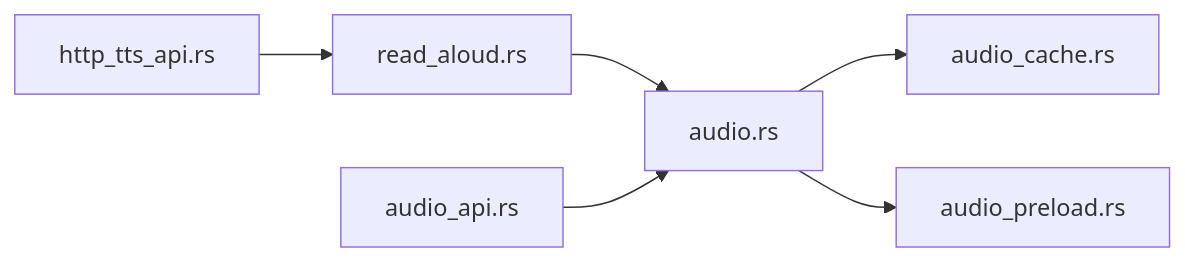
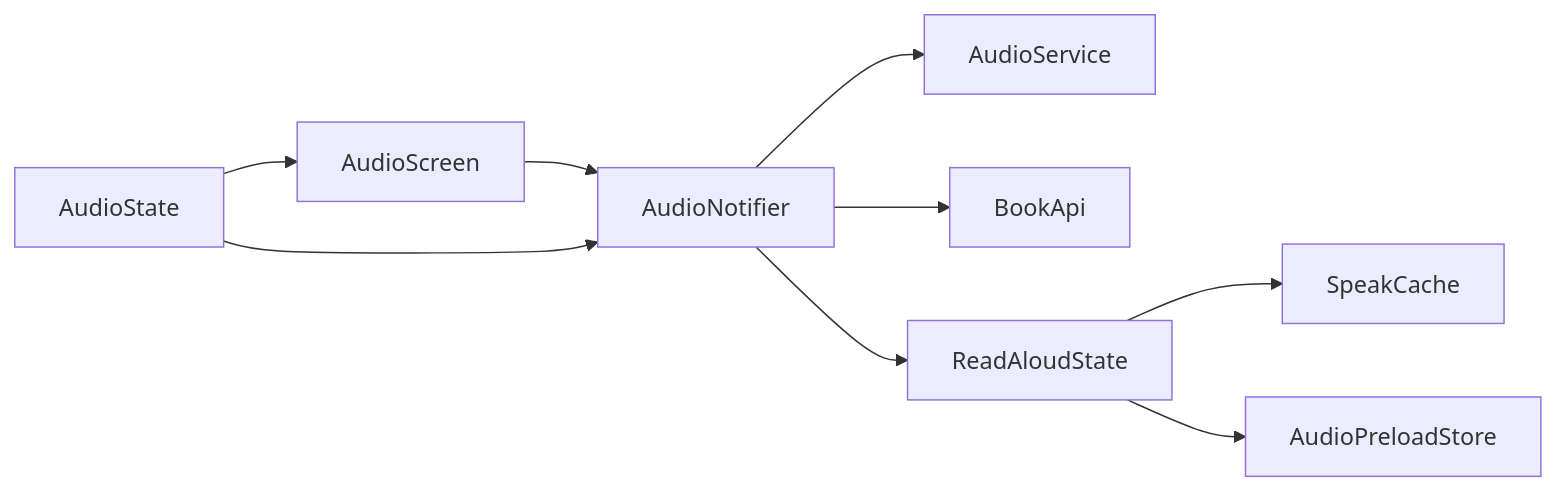
Before and after one commit to ZhangGHGitHub/LegadoTeamFlutter: the third of 3 diagrams in .qoder/repowiki/zh/content/项目概述/核心功能特性/音频播放功能.md, drawn with Mermaid. The commit also changed other lines of this file and 173 other files, not shown here.

````diff
--- a/.qoder/repowiki/zh/content/项目概述/核心功能特性/音频播放功能.md
+++ b/.qoder/repowiki/zh/content/项目概述/核心功能特性/音频播放功能.md
@@ -166,8 +197,11 @@
 ```mermaid
 graph LR
-ReadAloud["read_aloud.rs"] --> Audio["audio.rs"]
-Audio --> Cache["audio_cache.rs"]
-Audio --> Preload["audio_preload.rs"]
-AudioApi["audio_api.rs"] --> Audio
-HttpTtsApi["http_tts_api.rs"] --> ReadAloud
+AudioScreen["AudioScreen"] --> AudioNotifier["AudioNotifier"]
+AudioNotifier --> AudioService["AudioService"]
+AudioNotifier --> BookApi["BookApi"]
+AudioNotifier --> ReadAloudState["ReadAloudState"]
+ReadAloudState --> SpeakCache["SpeakCache"]
+ReadAloudState --> AudioPreloadStore["AudioPreloadStore"]
+AudioState["AudioState"] --> AudioNotifier
+AudioState --> AudioScreen
 ```
````
